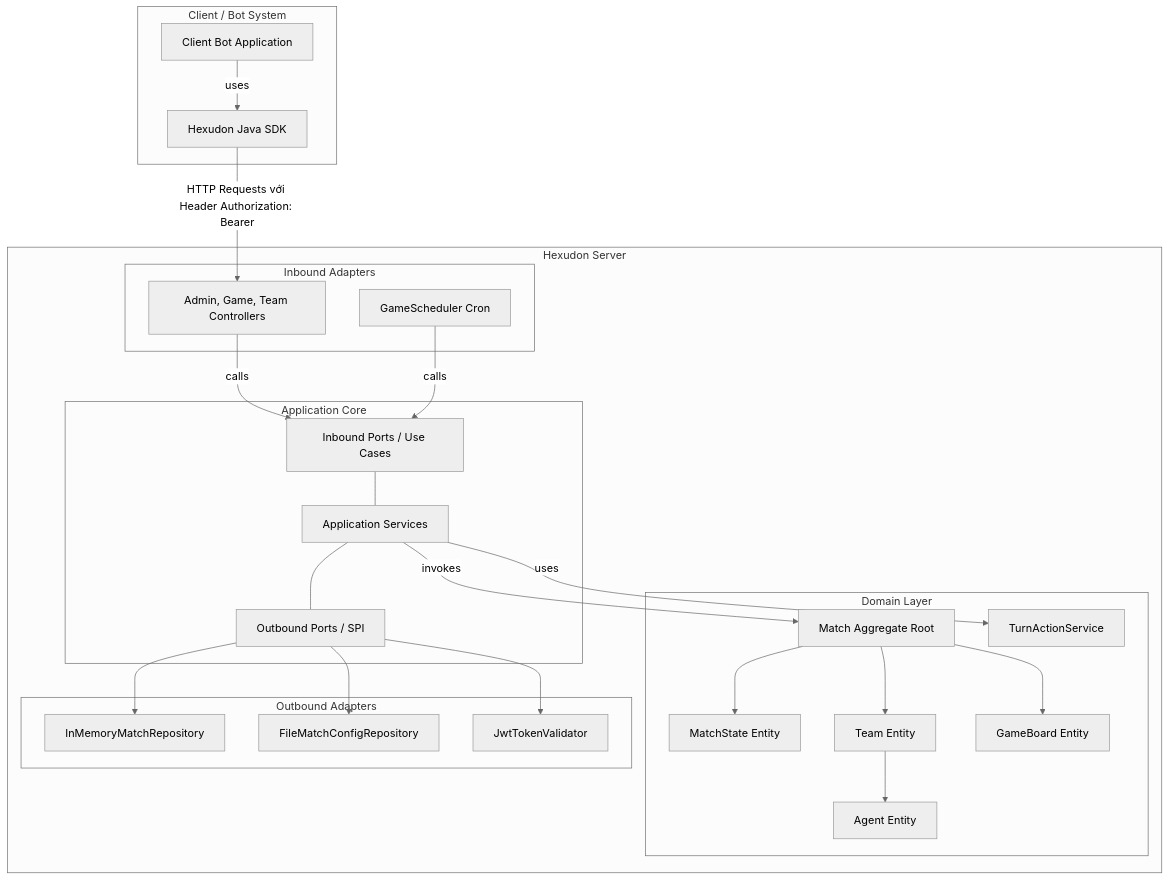
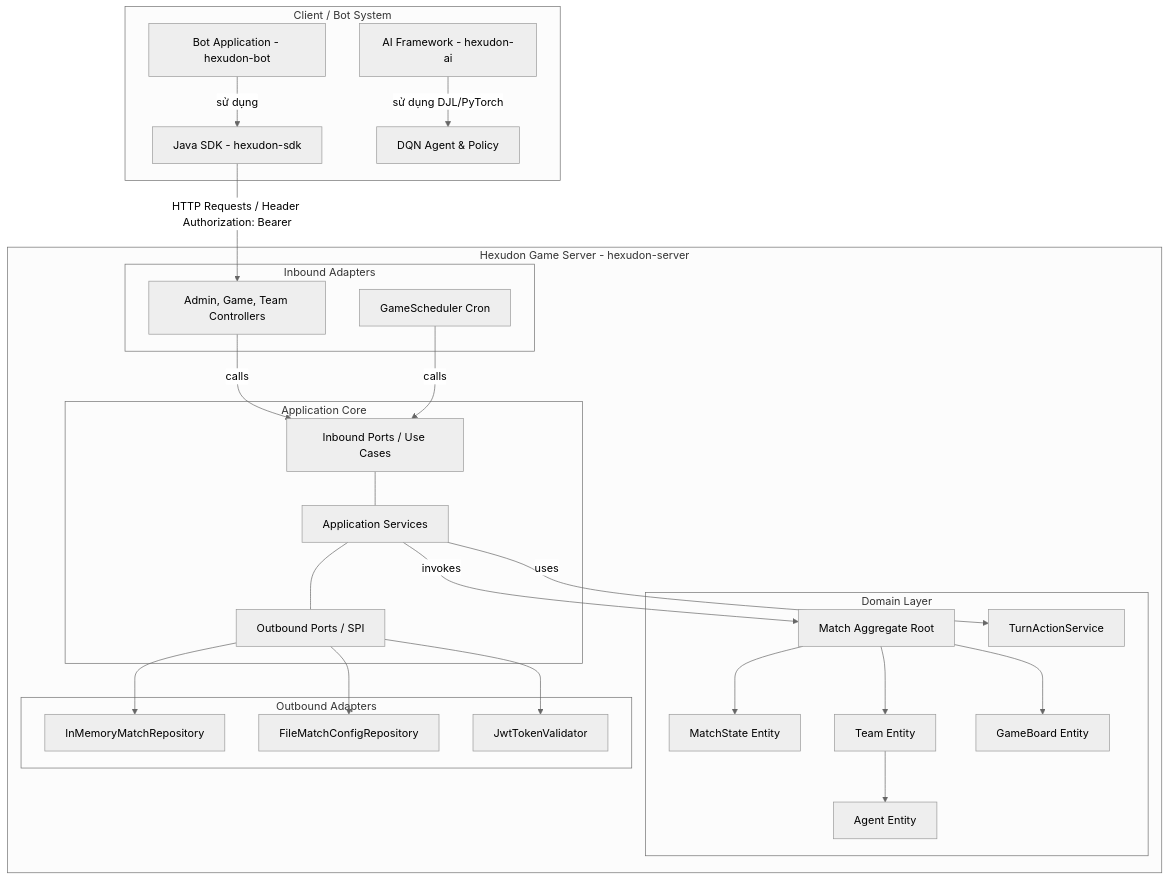
The diagram in README.md (thing-or-think/hexudon), drawn with Mermaid (neutral theme) before and after one commit. The commit also changed other lines of this file and 146 other files, not shown here.

First line of the commit message:
feat(ai): add multi-agent DQN training and evolution framework

````diff
--- a/README.md
+++ b/README.md
@@ -24,55 +24,56 @@
 ```mermaid
 graph TD
     subgraph Client / Bot System
-        Bot[Client Bot Application] --> |uses| SDK[Hexudon Java SDK]
+        BotApp[Bot Application - hexudon-bot] --> |sử dụng| SDK[Java SDK - hexudon-sdk]
+        AIApp[AI Framework - hexudon-ai] --> |sử dụng DJL/PyTorch| MARL[DQN Agent & Policy]
     end
 
-    subgraph Hexudon Server
+    subgraph Hexudon Game Server - hexudon-server
         subgraph Inbound Adapters
             REST[Admin, Game, Team Controllers]
             Sched[GameScheduler Cron]
         end
 
         subgraph Application Core
             UseCases[Inbound Ports / Use Cases]
             Services[Application Services]
             OutPorts[Outbound Ports / SPI]
         end
 
         subgraph Domain Layer
             Match[Match Aggregate Root]
             MatchState[MatchState Entity]
             Team[Team Entity]
             Agent[Agent Entity]
             GameBoard[GameBoard Entity]
             TurnActionService[TurnActionService]
         end
 
         subgraph Outbound Adapters
             InMemoryRepo[InMemoryMatchRepository]
             FileRepo[FileMatchConfigRepository]
             JwtTokenValidator[JwtTokenValidator]
         end
     end
 
     %% Giao tiếp SDK -> Server
-    SDK --> |HTTP Requests với Header Authorization: Bearer| REST
+    SDK --> |HTTP Requests / Header Authorization: Bearer| REST
 
     %% Luồng chạy Server
     REST --> |calls| UseCases
     Sched --> |calls| UseCases
     UseCases --- Services
     Services --- OutPorts
     
     OutPorts --> InMemoryRepo
     OutPorts --> FileRepo
     OutPorts --> JwtTokenValidator
 
     Services --> |invokes| Match
     Services --> |uses| TurnActionService
 
     Match --> Team
     Match --> GameBoard
     Match --> MatchState
     Team --> Agent
 ```
````
